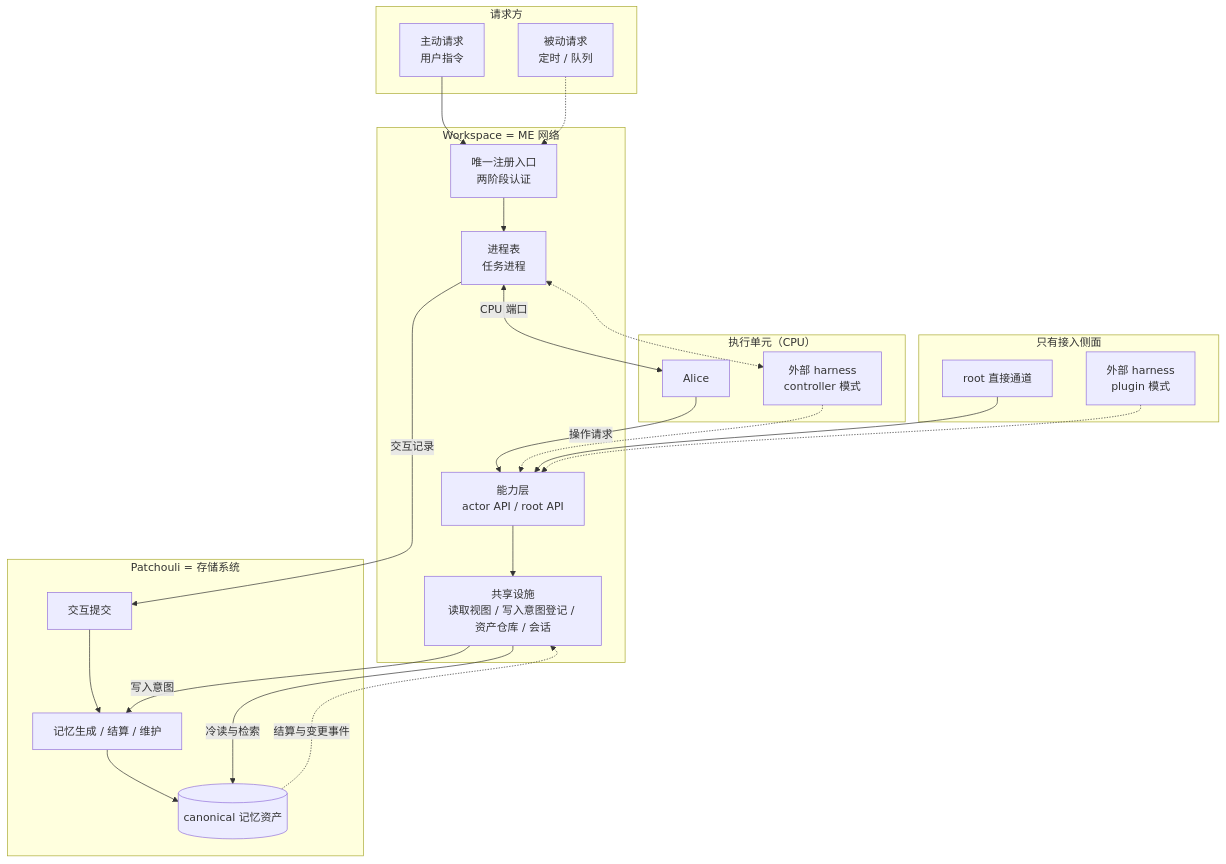
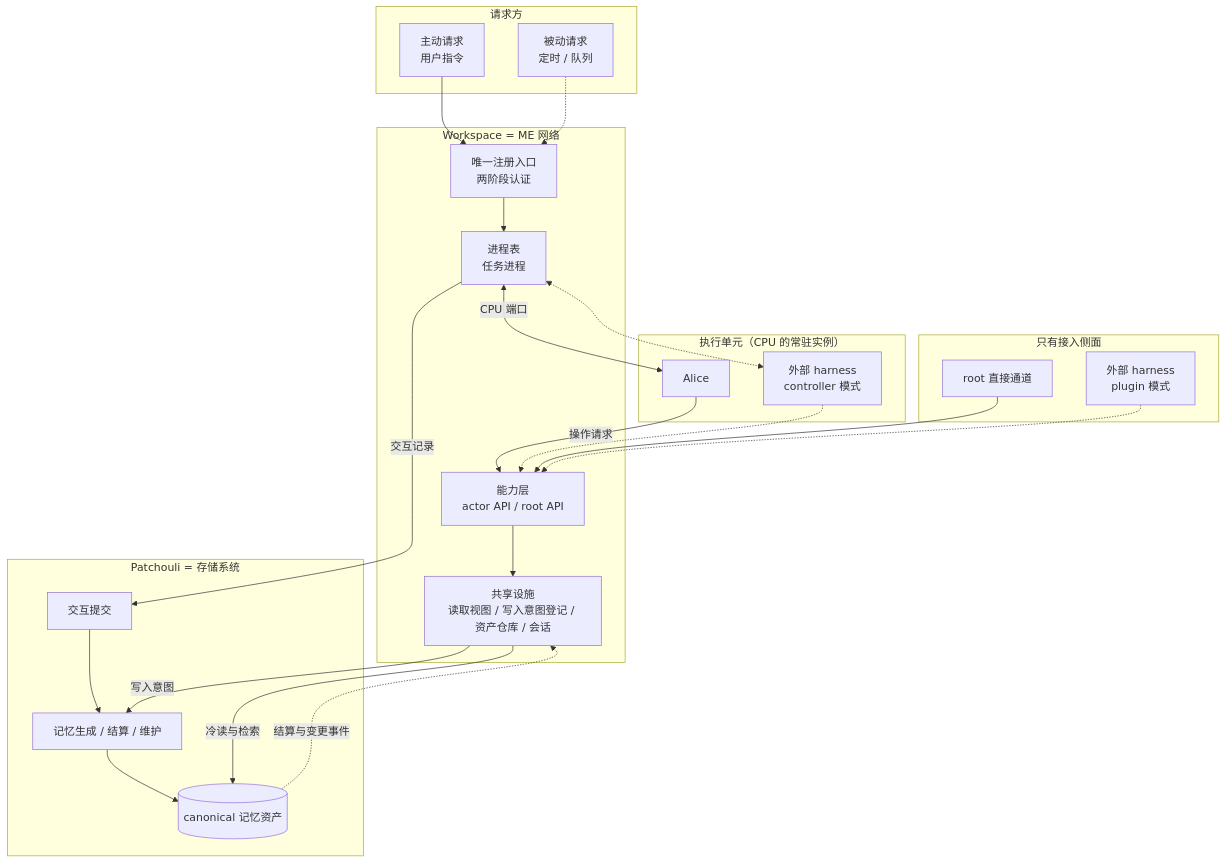
Before and after one commit to artemis03976/HiveMemory: the diagram in docs/ideas/fifth-generation-architecture.md, drawn with Mermaid. The commit also changed other lines of this file and 23 other files, not shown here.

````diff
--- a/docs/ideas/fifth-generation-architecture.md
+++ b/docs/ideas/fifth-generation-architecture.md
@@ -94,44 +96,44 @@
 ```mermaid
 flowchart TB
     subgraph REQS["请求方"]
         ACT["主动请求<br/>用户指令"]
         PAS["被动请求<br/>定时 / 队列"]
     end
 
     subgraph NET["Workspace = ME 网络"]
         ENTRY["唯一注册入口<br/>两阶段认证"]
         PT["进程表<br/>任务进程"]
         CAP["能力层<br/>actor API / root API"]
         SHARED["共享设施<br/>读取视图 / 写入意图登记 / 资产仓库 / 会话"]
     end
 
-    subgraph CPUS["执行单元（CPU）"]
+    subgraph CPUS["执行单元（CPU 的常驻实例）"]
         ALICE["Alice"]
         HARN["外部 harness<br/>controller 模式"]
     end
 
     subgraph ACCESS["只有接入侧面"]
         ADMIN["root 直接通道"]
         PLUG["外部 harness<br/>plugin 模式"]
     end
 
     subgraph LIB["Patchouli = 存储系统"]
         SUBQ["交互提交"]
         GEN["记忆生成 / 结算 / 维护"]
         STORE[("canonical 记忆资产")]
     end
 
     ACT --> ENTRY --> PT
     PAS -.-> ENTRY
     PT <-->|"CPU 端口"| ALICE
     PT <-.-> HARN
     ALICE -->|"操作请求"| CAP
     HARN -.-> CAP
     ADMIN --> CAP
     PLUG -.-> CAP
     CAP --> SHARED
     PT -->|"交互记录"| SUBQ --> GEN --> STORE
     SHARED -->|"写入意图"| GEN
     SHARED -->|"冷读与检索"| STORE
     STORE -.->|"结算与变更事件"| SHARED
 ```
````
